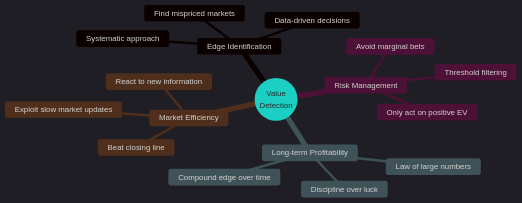
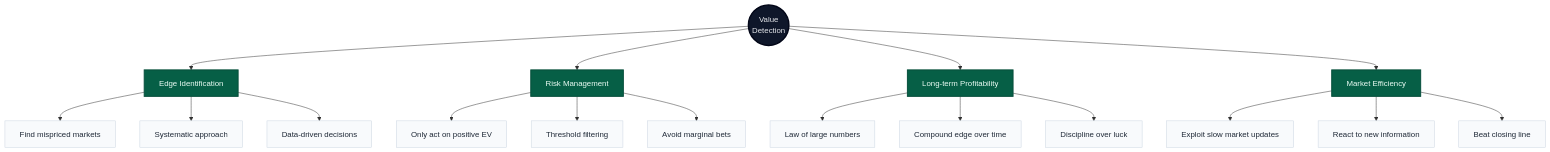
Before and after one commit to oscgonz19/football-probabilities-ml-poisson-case-study: the seventh of 7 diagrams in visualizations/06-value-detection.md, drawn with Mermaid.

Commit message:
Update mermaid diagram for value detection

````diff
--- a/visualizations/06-value-detection.md
+++ b/visualizations/06-value-detection.md
@@ -311,41 +311,49 @@
 ```mermaid
-%%{init: {
-  "theme": "dark",
-  "themeVariables": {
-    "primaryColor": "#0f172a",
-    "primaryTextColor": "#e5e7eb",
-    "primaryBorderColor": "#e5e7eb",
+flowchart TB
+    R(("Value<br/>Detection"))
 
-    "secondaryColor": "#0f766e",
-    "secondaryTextColor": "#ecfdf5",
-    "secondaryBorderColor": "#ecfdf5",
+    EI["Edge Identification"]
+    EI1["Find mispriced markets"]
+    EI2["Systematic approach"]
+    EI3["Data-driven decisions"]
 
-    "tertiaryColor": "#1e293b",
-    "tertiaryTextColor": "#e5e7eb",
-    "tertiaryBorderColor": "#94a3b8",
+    RM["Risk Management"]
+    RM1["Only act on positive EV"]
+    RM2["Threshold filtering"]
+    RM3["Avoid marginal bets"]
 
-    "lineColor": "#64748b"
-  }
-}}%%
-mindmap
-  root((Value<br/>Detection))
-    Edge Identification
-      Find mispriced markets
-      Systematic approach
-      Data-driven decisions
-    Risk Management
-      Only act on positive EV
-      Threshold filtering
-      Avoid marginal bets
-    Long-term Profitability
-      Law of large numbers
-      Compound edge over time
-      Discipline over luck
-    Market Efficiency
-      Exploit slow market updates
-      React to new information
-      Beat closing line
+    LP["Long-term Profitability"]
+    LP1["Law of large numbers"]
+    LP2["Compound edge over time"]
+    LP3["Discipline over luck"]
 
+    ME["Market Efficiency"]
+    ME1["Exploit slow market updates"]
+    ME2["React to new information"]
+    ME3["Beat closing line"]
 
+    R --> EI --> EI1
+    EI --> EI2
+    EI --> EI3
+
+    R --> RM --> RM1
+    RM --> RM2
+    RM --> RM3
+
+    R --> LP --> LP1
+    LP --> LP2
+    LP --> LP3
+
+    R --> ME --> ME1
+    ME --> ME2
+    ME --> ME3
+
+    class R core;
+    class EI,RM,LP,ME branch;
+    class EI1,EI2,EI3,RM1,RM2,RM3,LP1,LP2,LP3,ME1,ME2,ME3 leaf;
+
+    classDef core fill:#0f172a,color:#e5e7eb,stroke:#020617,stroke-width:3px;
+    classDef branch fill:#065f46,color:#ecfdf5,stroke:#064e3b,stroke-width:2px;
+    classDef leaf fill:#f8fafc,color:#1f2937,stroke:#cbd5e1;
 
 ```
````
